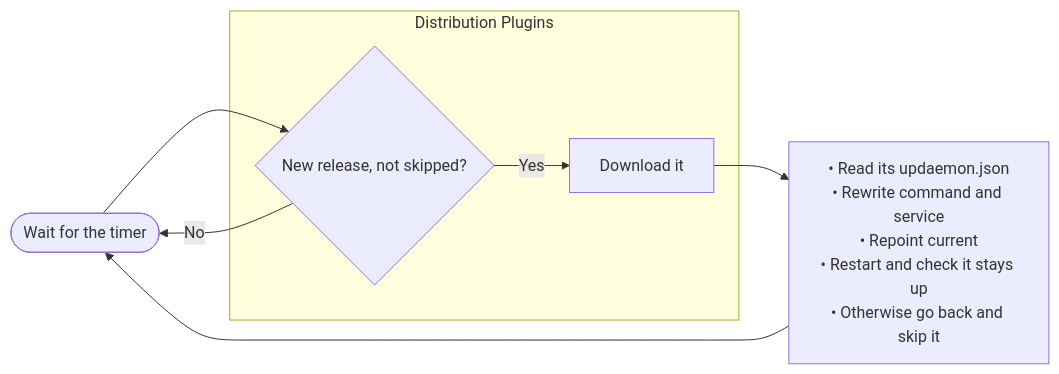
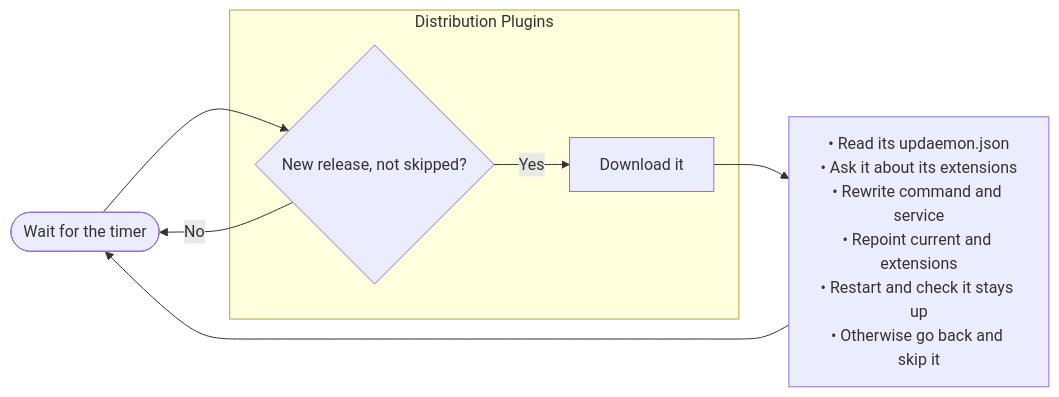
One commit to AdamTovatt/updaemon changed the fifth of 5 diagrams in README.md. Above: the diagram before and after it, drawn with Mermaid. The commit also changed other lines of this file and 3 other files, not shown here.

````diff
--- a/README.md
+++ b/README.md
@@ -654,14 +747,14 @@
 ```mermaid
 graph LR
     A([Wait for the timer])
     subgraph Distribution Plugins
         B{New release, not skipped?}
         C[Download it]
     end
-    D["• Read its updaemon.json<br/>• Rewrite command and service<br/>• Repoint current<br/>• Restart and check it stays up<br/>• Otherwise go back and skip it"]
+    D["• Read its updaemon.json<br/>• Ask it about its extensions<br/>• Rewrite command and service<br/>• Repoint current and extensions<br/>• Restart and check it stays up<br/>• Otherwise go back and skip it"]
 
     A --> B
     B -->|Yes| C
     B -->|No| A
     C --> D --> A
 ```
````
